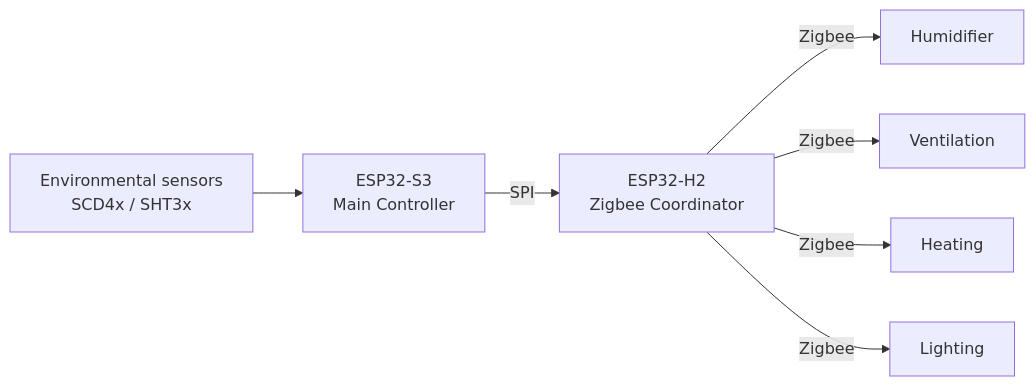
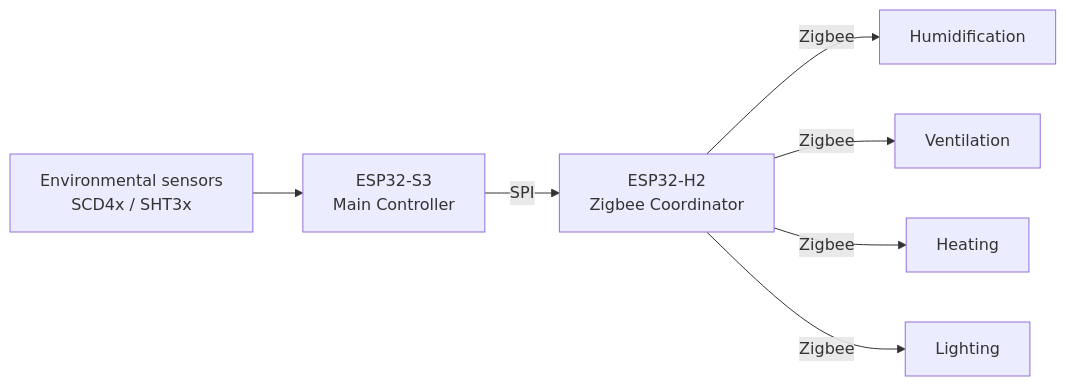
The diagram in README.md (Moffefe/MycoBox), drawn with Mermaid before and after one commit. The commit also changed other lines of this file, not shown here.

````diff
--- a/README.md
+++ b/README.md
@@ -93,22 +104,22 @@
 ```mermaid
 flowchart LR
     SENSOR["Environmental sensors<br>SCD4x / SHT3x"]
 
     S3["ESP32-S3<br>Main Controller"]
 
     H2["ESP32-H2<br>Zigbee Coordinator"]
 
-    HUM["Humidifier"]
+    HUM["Humidification"]
     FAN["Ventilation"]
     HEAT["Heating"]
     LIGHT["Lighting"]
 
     SENSOR --> S3
 
     S3 -->|SPI| H2
 
     H2 -->|Zigbee| HUM
     H2 -->|Zigbee| FAN
     H2 -->|Zigbee| HEAT
     H2 -->|Zigbee| LIGHT
 ```
````
